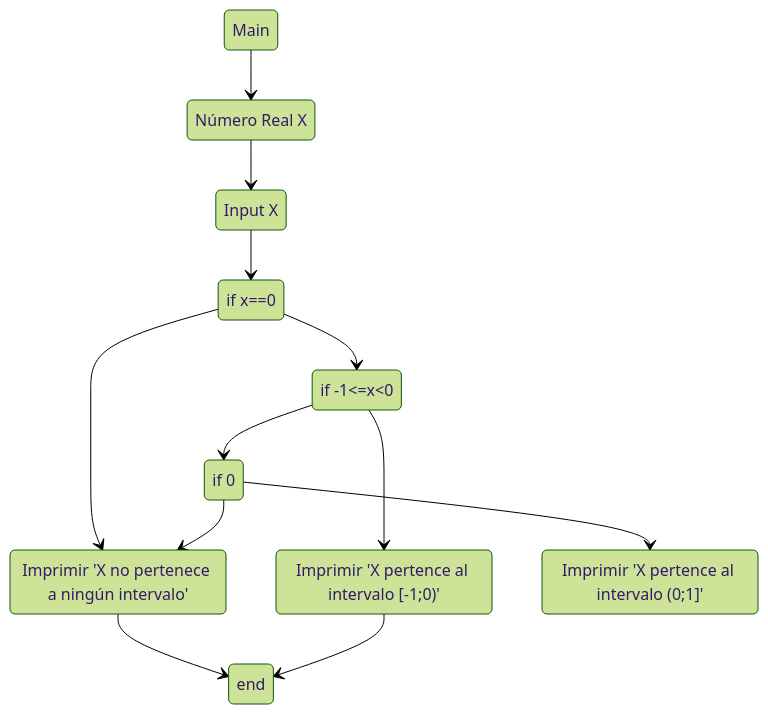
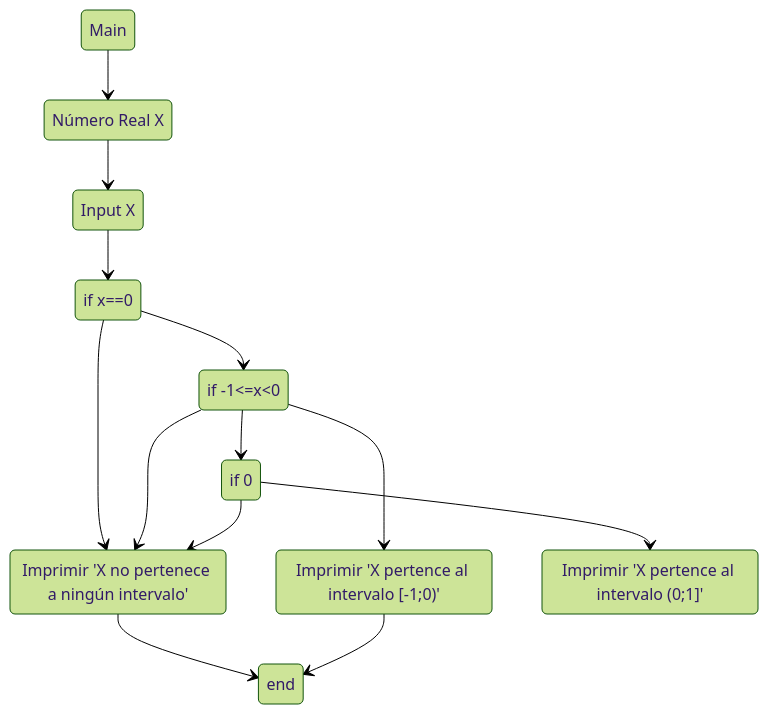
Before and after one commit to ValentinJM/TP-8: the diagram in Ejercicios/2.md, drawn with Mermaid (forest theme).

````diff
--- a/Ejercicios/2.md
+++ b/Ejercicios/2.md
@@ -3,22 +3,23 @@
 ```mermaid
 stateDiagram-v2
 state "Número Real X" as A
 state "Input X" as B
 state "if x==0" as C
 state "Imprimir 'X no pertenece a ningún intervalo'" as D
 state "if -1<=x<0" as E
 state "Imprimir 'X pertence al intervalo [-1;0)'" as F
 state "if 0<x<=1" as G
 state "Imprimir 'X pertence al intervalo (0;1]'" as H
     Main --> A
     A --> B
     B --> C
     C --> D
     D --> end
     C --> E
     E --> F
+    E --> D
     F --> end
     E --> G
     G --> H
     G --> D
 ```
````
